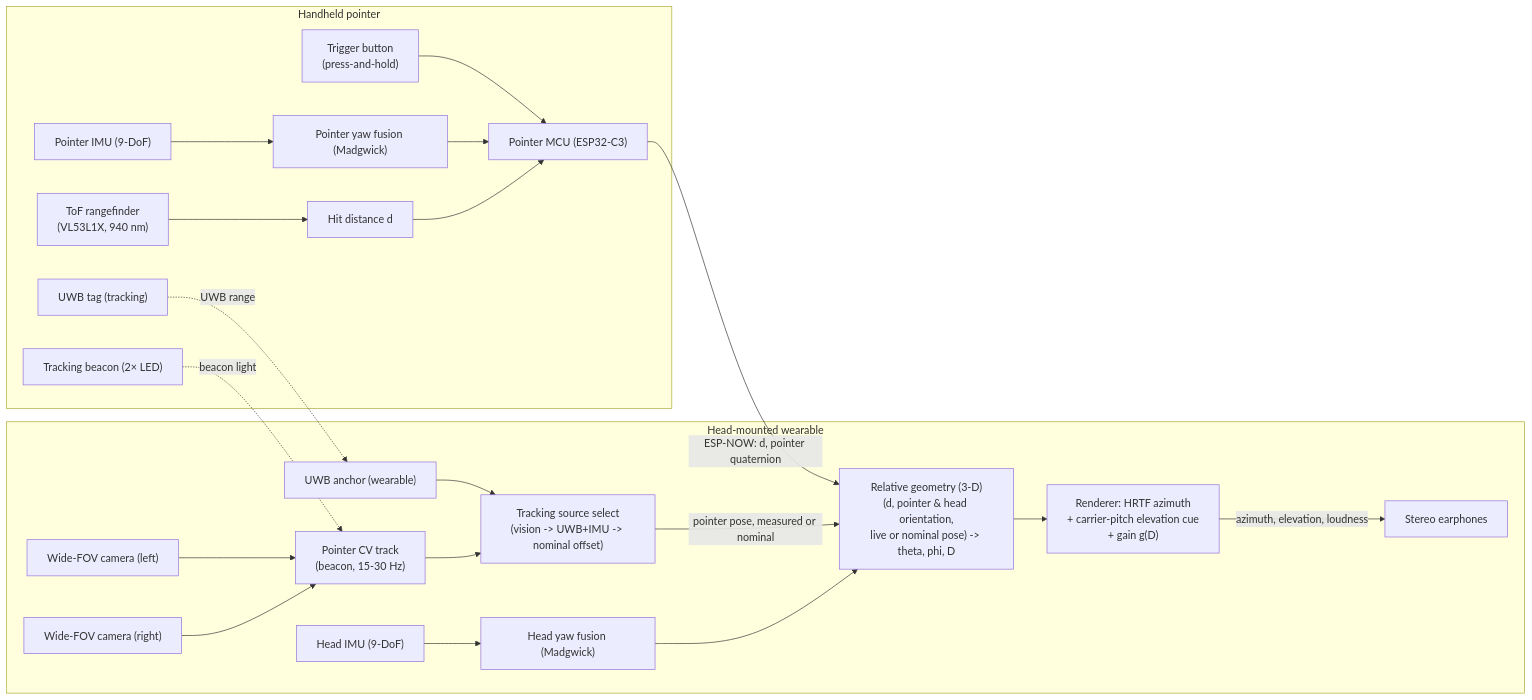
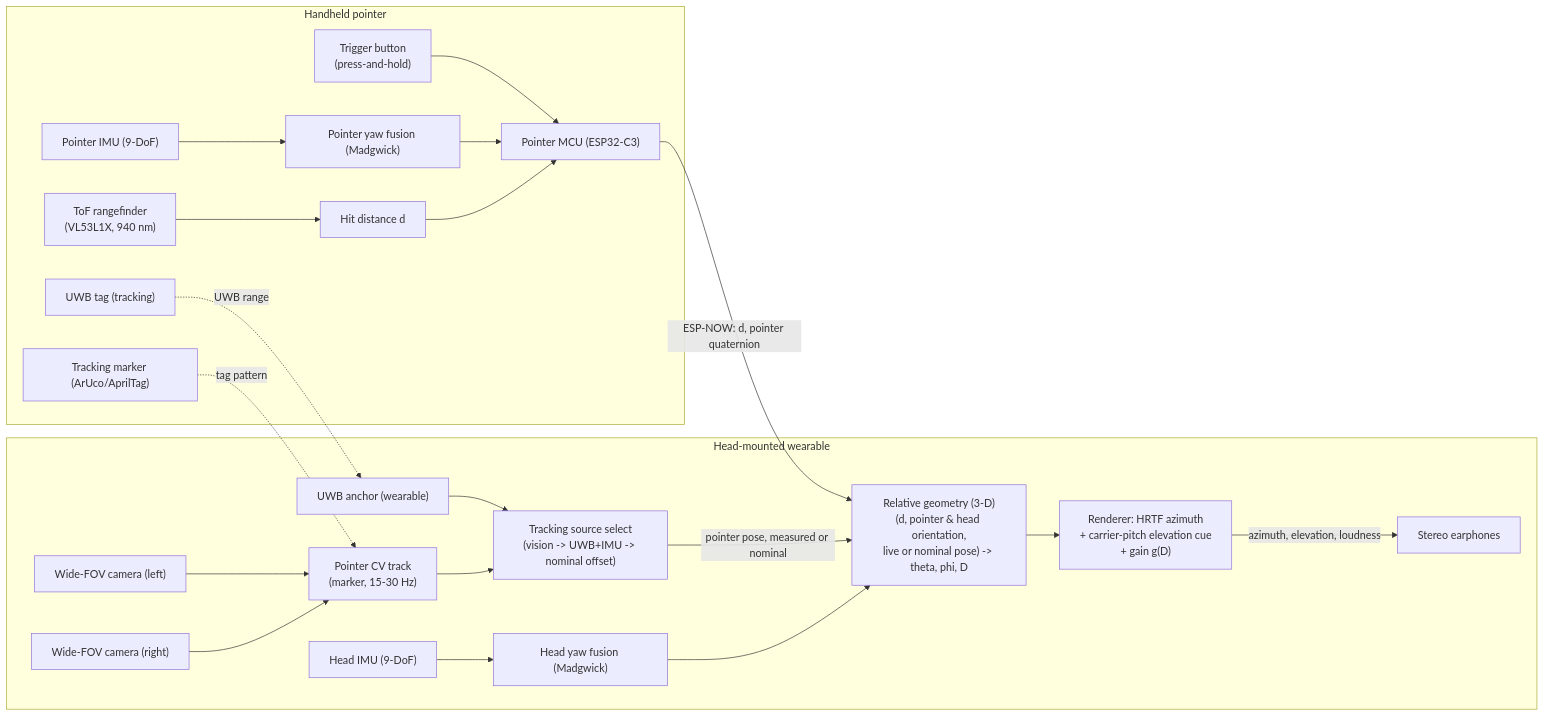
The diagram in README.md (pewpil/auris), drawn with Mermaid before and after one commit. The commit also changed other lines of this file and 4 other files, not shown here.

Commit message:
pointer tracking reverted back to aruco markers

````diff
--- a/README.md
+++ b/README.md
@@ -57,26 +57,26 @@
 ```mermaid
 flowchart LR
     subgraph pointer["Handheld pointer"]
         pimu["Pointer IMU (9-DoF)"] --> pfus["Pointer yaw fusion (Madgwick)"]
         tof["ToF rangefinder<br/>(VL53L1X, 940 nm)"] --> dist["Hit distance d"]
         btn["Trigger button<br/>(press-and-hold)"] --> mcu1["Pointer MCU (ESP32-C3)"]
         uwbt["UWB tag (tracking)"]
-        beacon["Tracking beacon (2× LED)"]
+        marker["Tracking marker (ArUco/AprilTag)"]
         pfus --> mcu1
         dist --> mcu1
     end
     subgraph wearable["Head-mounted wearable"]
         himu["Head IMU (9-DoF)"] --> hfus["Head yaw fusion (Madgwick)"]
-        camL["Wide-FOV camera (left)"] -->         cv["Pointer CV track<br/>(beacon, 15-30 Hz)"]
+        camL["Wide-FOV camera (left)"] -->         cv["Pointer CV track<br/>(marker, 15-30 Hz)"]
         camR["Wide-FOV camera (right)"] --> cv
         uwbw["UWB anchor (wearable)"] --> src["Tracking source select<br/>(vision -> UWB+IMU -> nominal offset)"]
         cv --> src
         mcu1 -- "ESP-NOW: d, pointer quaternion" --> geo["Relative geometry (3-D)<br/>(d, pointer & head orientation,<br/>live or nominal pose) -> theta, phi, D"]
         src -- "pointer pose, measured or nominal" --> geo
         hfus --> geo
         geo --> ren["Renderer: HRTF azimuth<br/>+ carrier-pitch elevation cue<br/>+ gain g(D)"]
         ren -- "azimuth, elevation, loudness" --> spk["Stereo earphones"]
         uwbt -. "UWB range" .-> uwbw
-        beacon -. "beacon light" .-> cv
+        marker -. "tag pattern" .-> cv
     end
 ```
````
